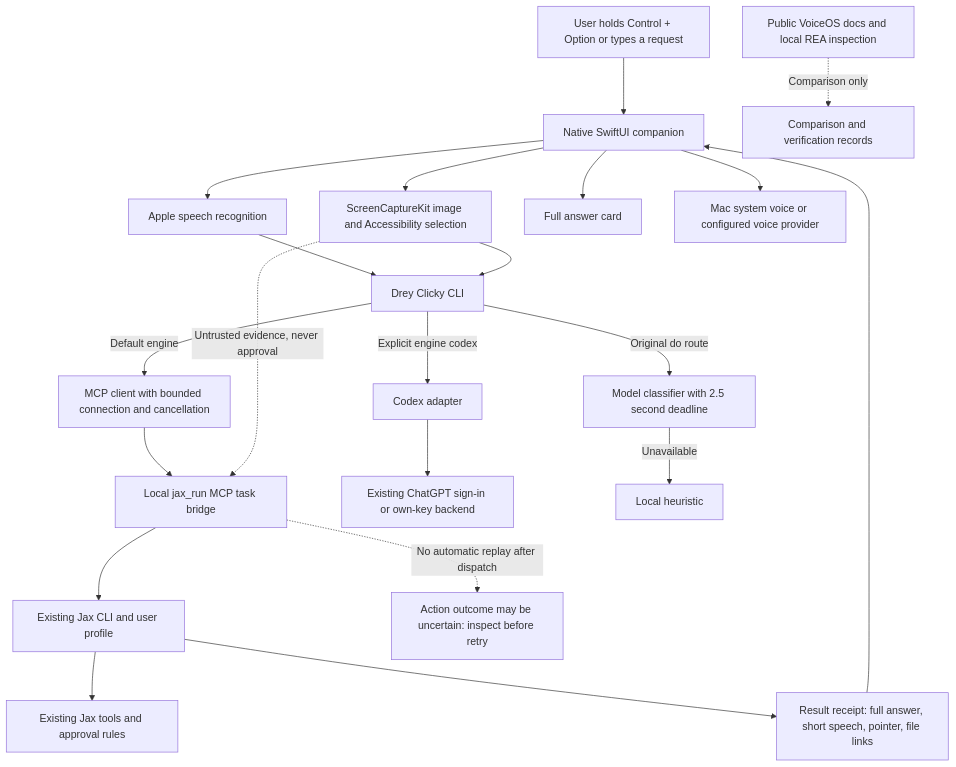
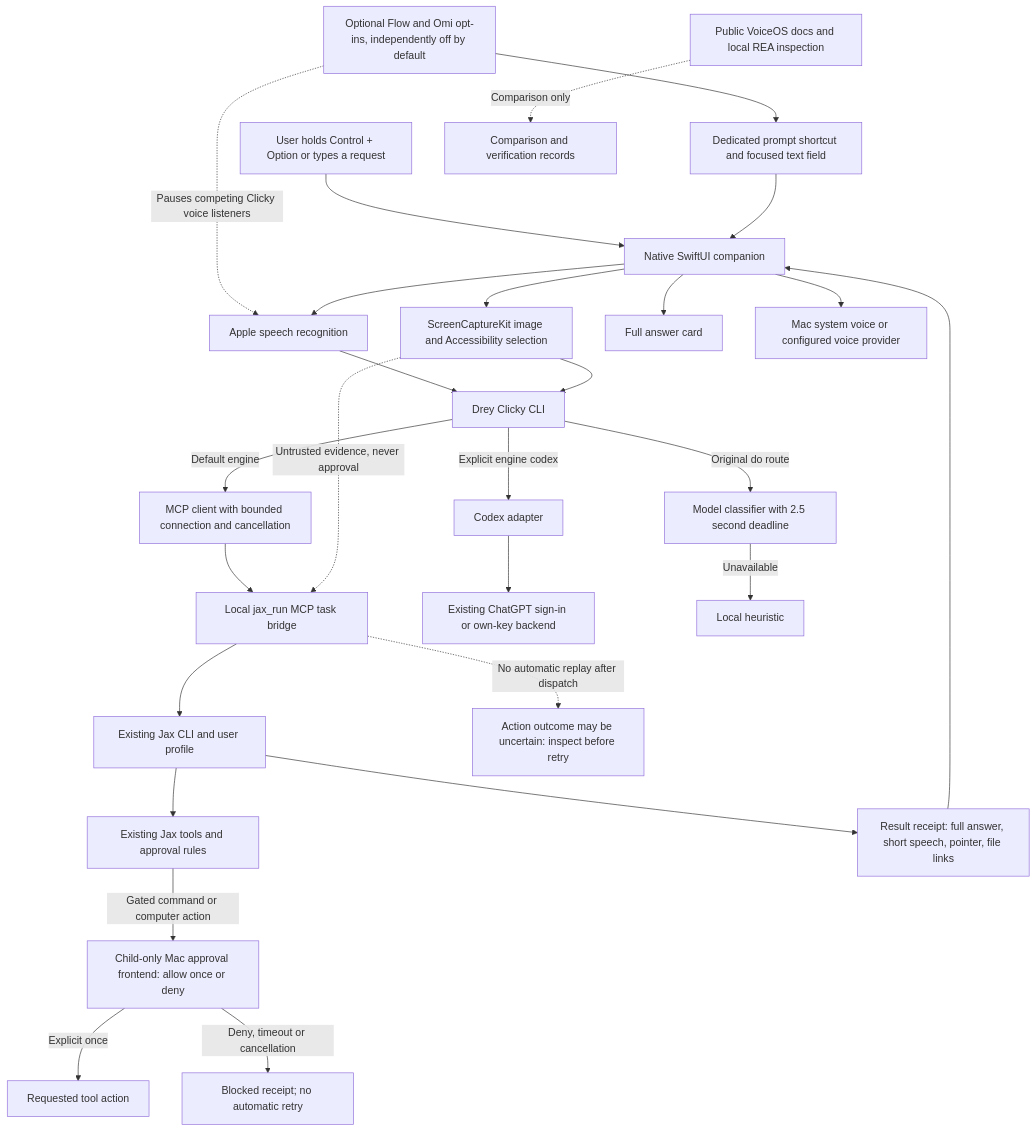
One commit to Dreydrey9000/drey-clicky changed the diagram in docs/diagrams/architecture.mmd. Above: the diagram before and after it, drawn with Mermaid. The commit also changed 36 other files, not shown here.

Commit message:
Add opt-in Flow and Omi voice input with Mac Jax approvals

```diff
--- a/docs/diagrams/architecture.mmd
+++ b/docs/diagrams/architecture.mmd
@@ -1,21 +1,27 @@
 flowchart TD
     User[User holds Control + Option or types a request] --> App[Native SwiftUI companion]
+    External[Optional Flow and Omi opt-ins, independently off by default] --> Prompt[Dedicated prompt shortcut and focused text field]
+    Prompt --> App
+    External -. Pauses competing Clicky voice listeners .-> Voice
     App --> Voice[Apple speech recognition]
     App --> Context[ScreenCaptureKit image and Accessibility selection]
     Voice --> CLI[Drey Clicky CLI]
     Context --> CLI
     CLI -->|Default engine| Client[MCP client with bounded connection and cancellation]
     Client --> Bridge[Local jax_run MCP task bridge]
     Bridge --> Jax[Existing Jax CLI and user profile]
     Jax --> Tools[Existing Jax tools and approval rules]
+    Tools -->|Gated command or computer action| Approval[Child-only Mac approval frontend: allow once or deny]
+    Approval -->|Explicit once| Action[Requested tool action]
+    Approval -->|Deny, timeout or cancellation| Blocked[Blocked receipt; no automatic retry]
     Jax --> Reply[Result receipt: full answer, short speech, pointer, file links]
     Reply --> App
     App --> Card[Full answer card]
     App --> TTS[Mac system voice or configured voice provider]
     CLI -->|Explicit engine codex| Codex[Codex adapter]
     Codex --> Provider[Existing ChatGPT sign-in or own-key backend]
     CLI -->|Original do route| Gate[Model classifier with 2.5 second deadline]
     Gate -->|Unavailable| Heuristic[Local heuristic]
     Bridge -. No automatic replay after dispatch .-> Error[Action outcome may be uncertain: inspect before retry]
     Context -. Untrusted evidence, never approval .-> Bridge
     Research[Public VoiceOS docs and local REA inspection] -. Comparison only .-> Notes[Comparison and verification records]
```
